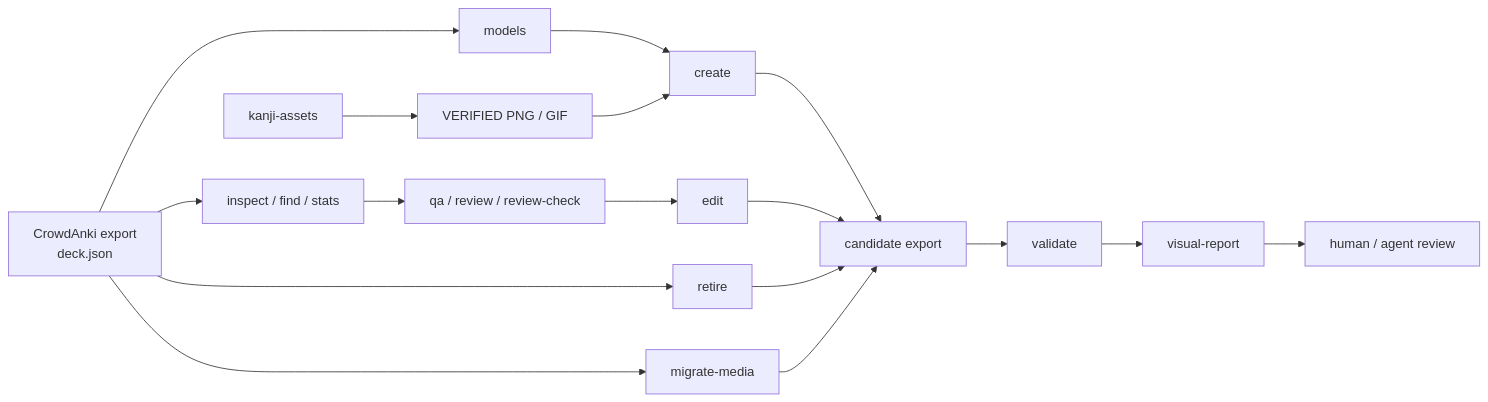
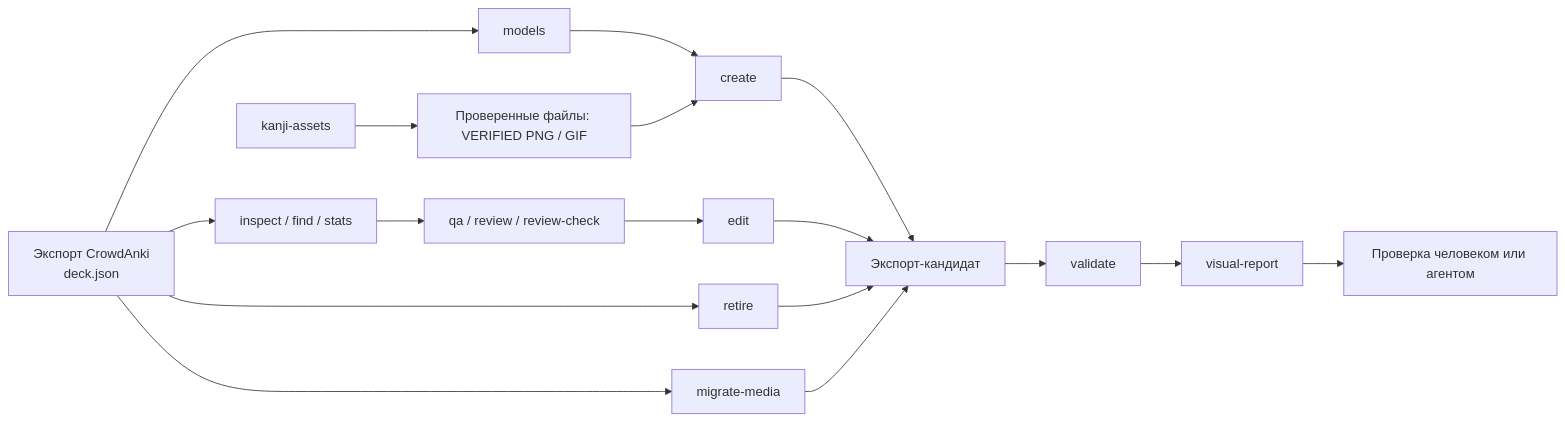
Before and after one commit to AliceLiddell01/Anki-decks: the diagram in README.md, drawn with Mermaid. The commit also changed other lines of this file and 21 other files, not shown here.

````diff
--- a/README.md
+++ b/README.md
@@ -46,22 +46,22 @@
 ```mermaid
 flowchart LR
-    A["CrowdAnki export<br/>deck.json"] --> B["inspect / find / stats"]
+    A["Экспорт CrowdAnki<br/>deck.json"] --> B["inspect / find / stats"]
     A --> C["models"]
     B --> D["qa / review / review-check"]
     C --> E["create"]
     D --> F["edit"]
     A --> G["retire"]
     A --> N["migrate-media"]
 
-    H["kanji-assets"] --> I["VERIFIED PNG / GIF"]
+    H["kanji-assets"] --> I["Проверенные файлы: VERIFIED PNG / GIF"]
     I --> E
 
-    E --> J["candidate export"]
+    E --> J["Экспорт-кандидат"]
     F --> J
     G --> J
     N --> J
 
     J --> K["validate"]
     K --> L["visual-report"]
-    L --> M["human / agent review"]
+    L --> M["Проверка человеком или агентом"]
 ```
````
